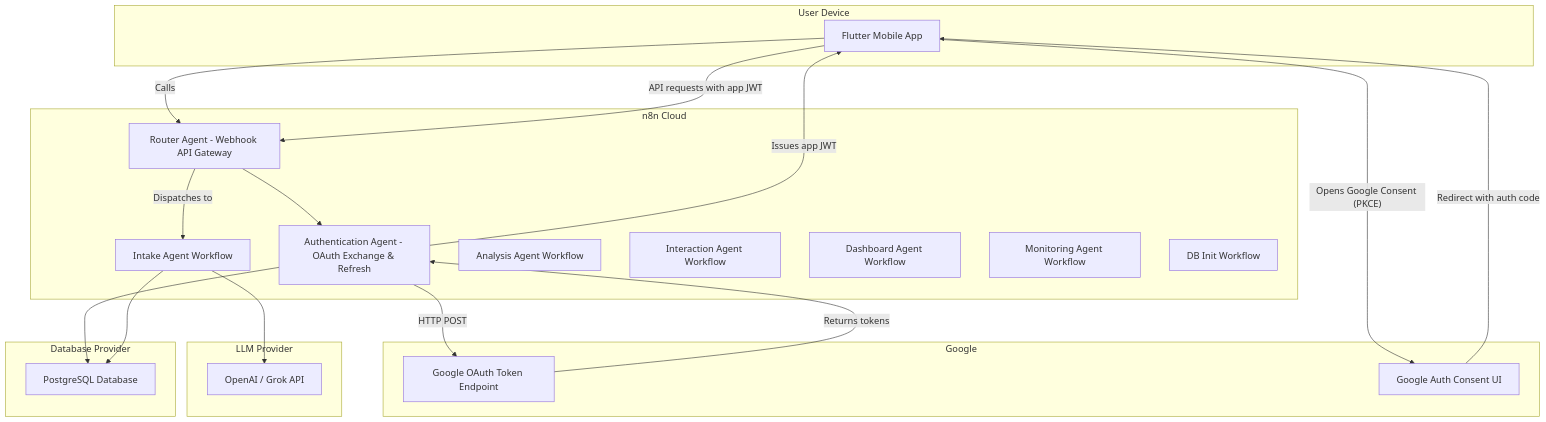
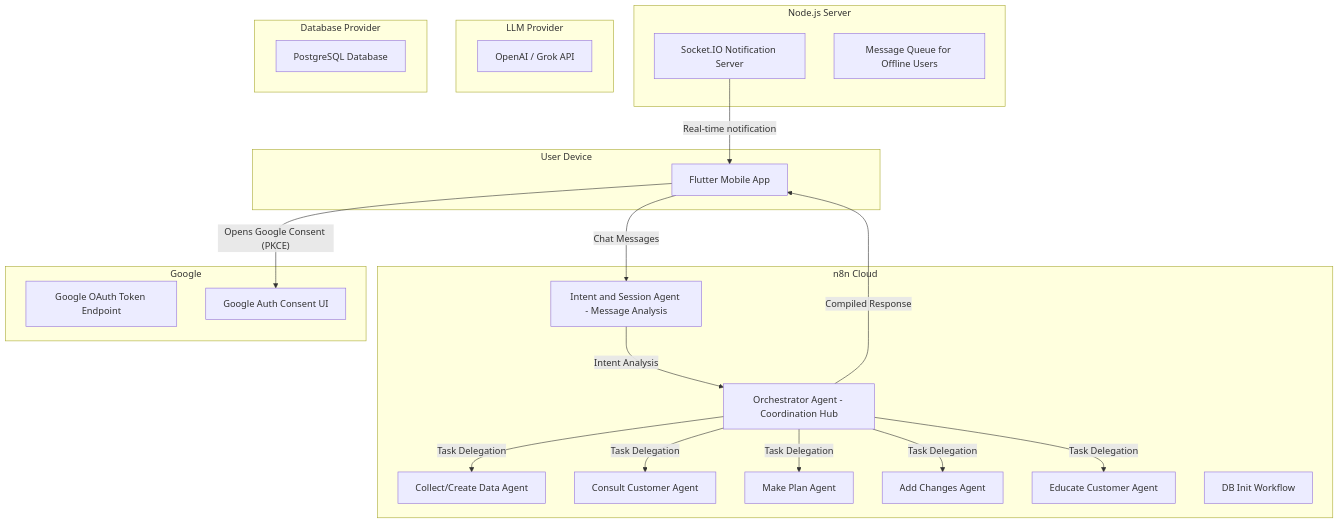
Before and after one commit to Ganzzi/fingoal-ai: the diagram in docs/architecture/high-level-architecture-auth-refactor-n8n-handles-google-oauth.md, drawn with Mermaid. The commit also changed other lines of this file and 83 other files, not shown here.

````diff
--- a/docs/architecture/high-level-architecture-auth-refactor-n8n-handles-google-oauth.md
+++ b/docs/architecture/high-level-architecture-auth-refactor-n8n-handles-google-oauth.md
@@ -48,44 +55,46 @@
 ```mermaid
 graph TD
     subgraph User Device
         A[Flutter Mobile App]
     end
 
     subgraph n8n Cloud
-        R[Router Agent - Webhook API Gateway]
-        Auth[Authentication Agent - OAuth Exchange & Refresh]
-        D[Intake Agent Workflow]
-        F[Analysis Agent Workflow]
-        G[Interaction Agent Workflow]
-        H[Dashboard Agent Workflow]
-        I[Monitoring Agent Workflow]
+        IS[Intent and Session Agent - Message Analysis]
+        OR[Orchestrator Agent - Coordination Hub]
+        CC[Collect/Create Data Agent]
+        CS[Consult Customer Agent]
+        MP[Make Plan Agent]
+        AC[Add Changes Agent]
+        EC[Educate Customer Agent]
         J[DB Init Workflow]
+    end
+
+    subgraph Node.js Server
+        NS[Socket.IO Notification Server]
+        Queue[Message Queue for Offline Users]
     end
 
     subgraph Google
         O[Google OAuth Token Endpoint]
         U[Google Auth Consent UI]
     end
 
     subgraph LLM Provider
         K[OpenAI / Grok API]
     end
 
     subgraph Database Provider
         L[PostgreSQL Database]
     end
 
+    A -- Chat Messages --> IS
+    IS -- Intent Analysis --> OR
+    OR -- Task Delegation --> CC
+    OR -- Task Delegation --> CS
+    OR -- Task Delegation --> MP
+    OR -- Task Delegation --> AC
+    OR -- Task Delegation --> EC
+    OR -- Compiled Response --> A
     A -- Opens Google Consent (PKCE) --> U
-    U -- Redirect with auth code --> A
-    A -- Calls --> R
-    R --> Auth
-    Auth -- HTTP POST --> O
-    O -- Returns tokens --> Auth
-    Auth --> L
-    Auth -- Issues app JWT --> A
-
-    A -- API requests with app JWT --> R
-    R -- Dispatches to --> D
-    D --> L
-    D --> K
+    NS -- Real-time notification --> A
 ```
````
